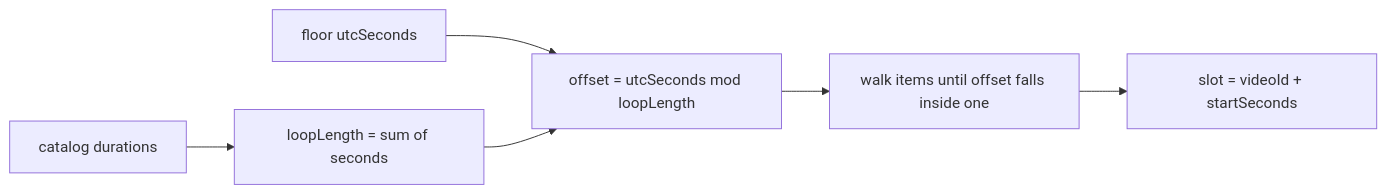
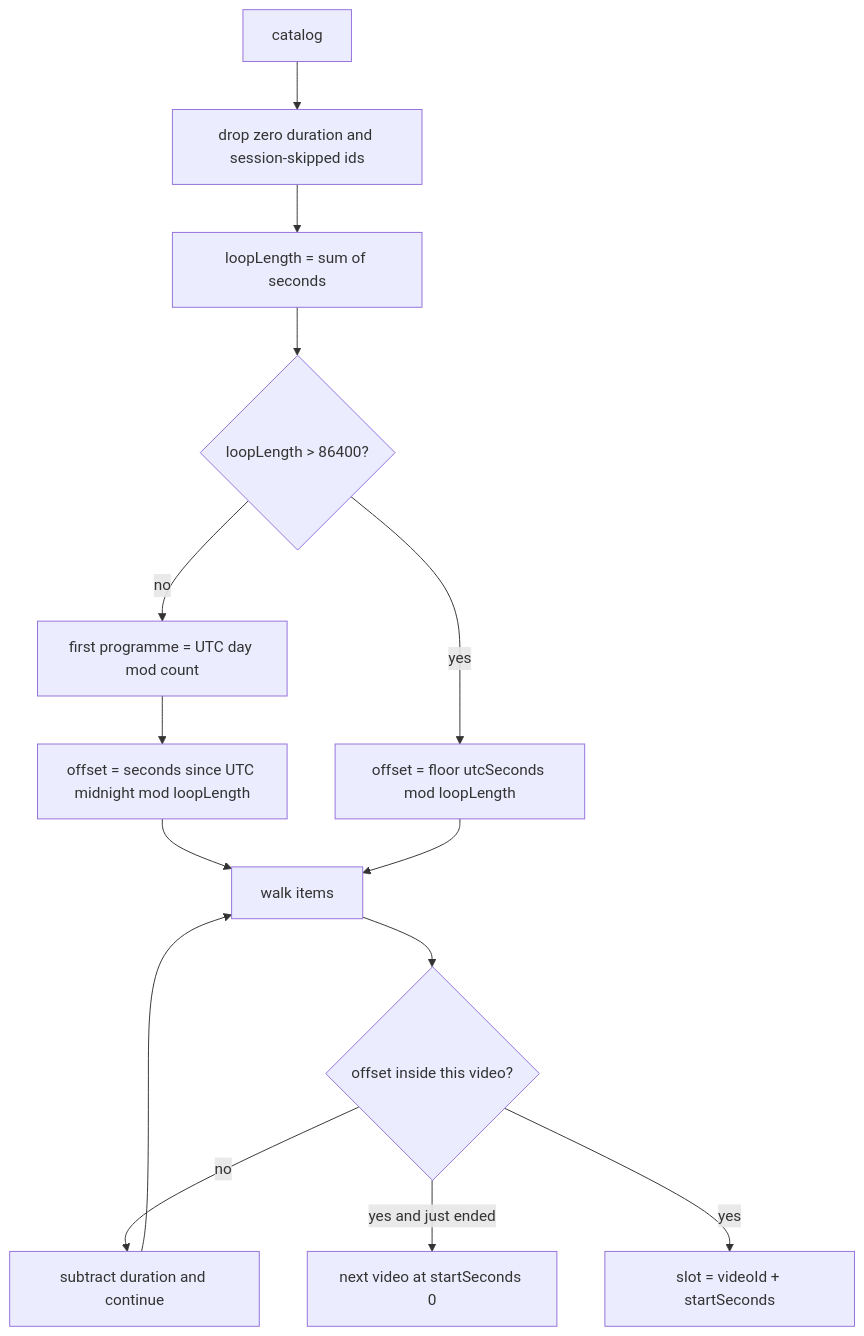
One commit to tusharv/positive-player changed the sixth of 10 diagrams in docs/architecture.md. Above: the diagram before and after it, drawn with Mermaid. The commit also changed other lines of this file, not shown here.

````diff
--- a/docs/architecture.md
+++ b/docs/architecture.md
@@ -181,9 +196,16 @@
 ```mermaid
-flowchart LR
-  C[catalog durations]
-  C --> Sum[loopLength = sum of seconds]
-  Now[floor utcSeconds] --> Mod["offset = utcSeconds mod loopLength"]
-  Sum --> Mod
-  Mod --> Walk[walk items until offset falls inside one]
-  Walk --> Slot["slot = videoId + startSeconds"]
+flowchart TD
+  Catalog[catalog] --> Drop["drop zero duration and session-skipped ids"]
+  Drop --> Sum["loopLength = sum of seconds"]
+  Sum --> Long{"loopLength > 86400?"}
+  Long -->|no| Rotate["first programme = UTC day mod count"]
+  Rotate --> DayWalk["offset = seconds since UTC midnight mod loopLength"]
+  Long -->|yes| Cont["offset = floor utcSeconds mod loopLength"]
+  DayWalk --> Walk[walk items]
+  Cont --> Walk
+  Walk --> Hit{offset inside this video?}
+  Hit -->|no| Advance[subtract duration and continue]
+  Advance --> Walk
+  Hit -->|yes and just ended| Next["next video at startSeconds 0"]
+  Hit -->|yes| Slot["slot = videoId + startSeconds"]
 ```
````
